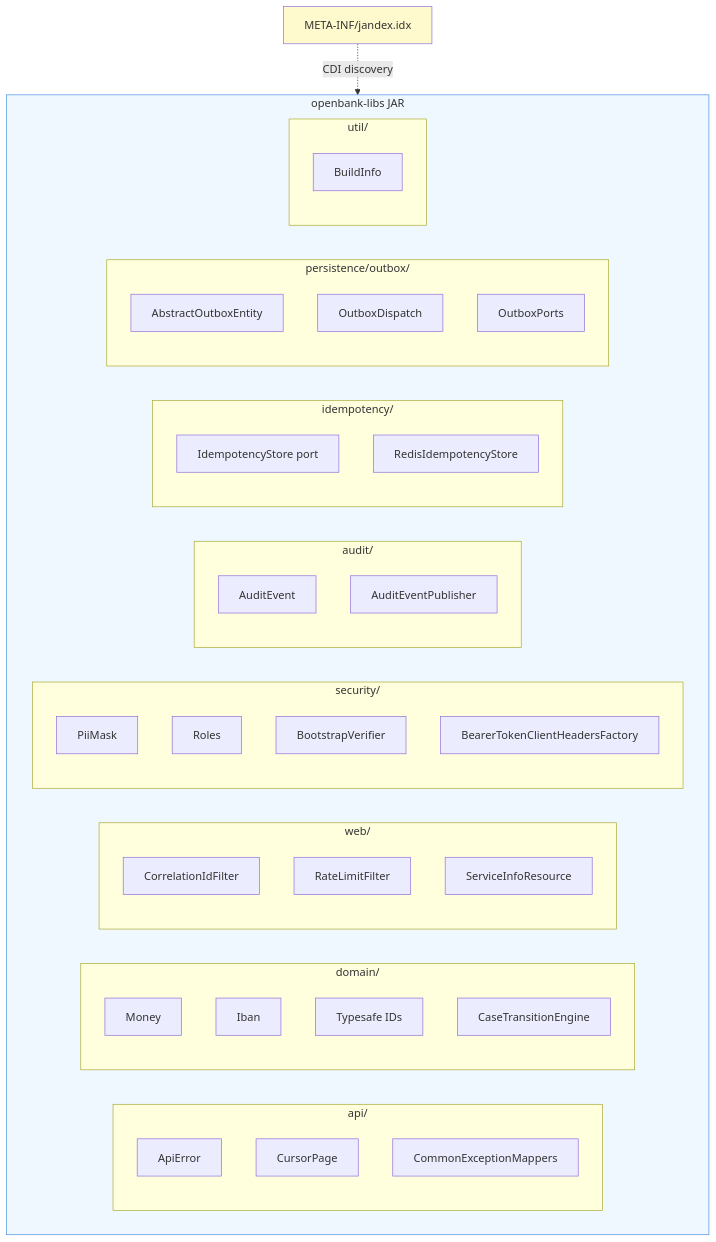
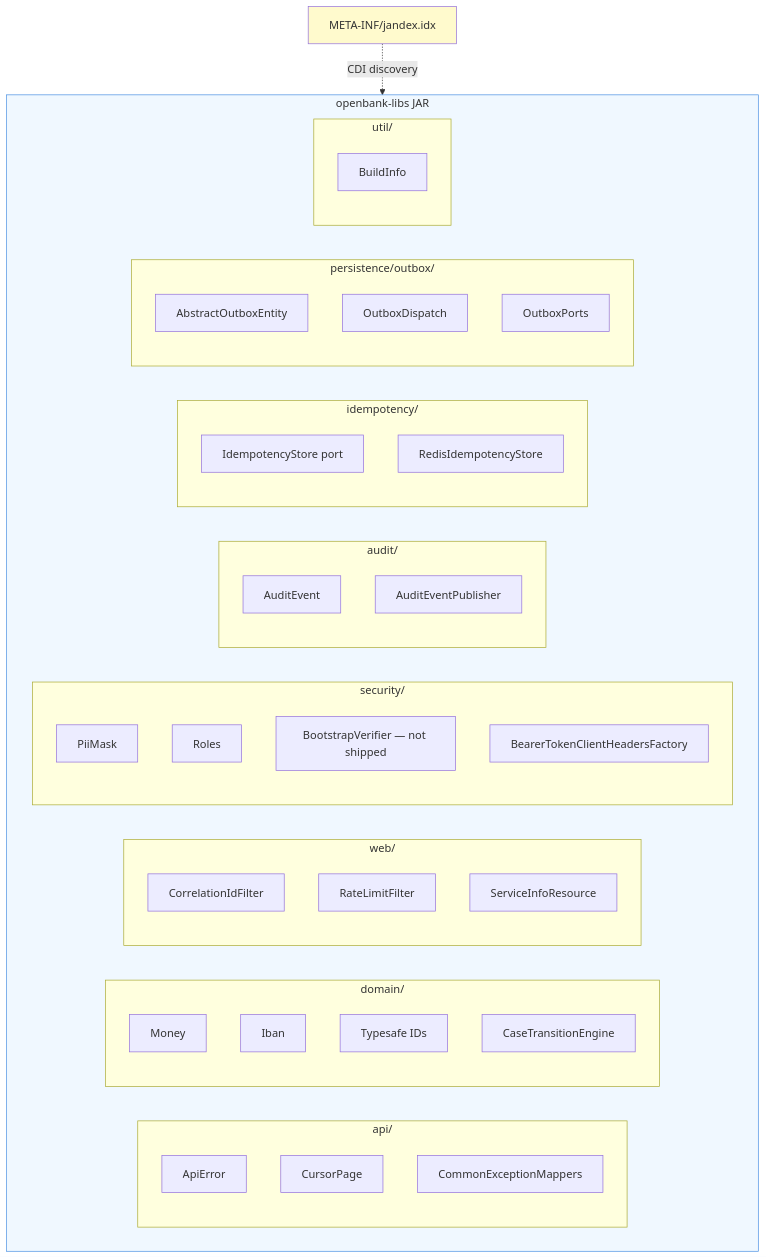
Before and after one commit to JiRaska/open-bank-oss: the second of 3 diagrams in openbank-libs/docs/02-architecture.en.md, drawn with Mermaid. The commit also changed other lines of this file and 11 other files, not shown here.

````diff
--- a/openbank-libs/docs/02-architecture.en.md
+++ b/openbank-libs/docs/02-architecture.en.md
@@ -35,49 +35,49 @@
 ```mermaid
 graph TB
   subgraph libs[openbank-libs JAR]
     direction LR
     subgraph api[api/]
       ApiError
       CursorPage
       CommonExceptionMappers
     end
     subgraph domain[domain/]
       Money
       Iban
       EntityId[Typesafe IDs]
       Case[CaseTransitionEngine]
     end
     subgraph web[web/]
       CorrelationIdFilter
       RateLimitFilter
       ServiceInfoResource
     end
     subgraph security[security/]
       PiiMask
       Roles
-      BootstrapVerifier
+      BV["BootstrapVerifier — not shipped"]
       BearerHeaders[BearerTokenClientHeadersFactory]
     end
     subgraph audit[audit/]
       AuditEvent
       AuditPub[AuditEventPublisher]
     end
     subgraph idempot[idempotency/]
       IdemStore[IdempotencyStore port]
       RedisImpl[RedisIdempotencyStore]
     end
     subgraph outbox[persistence/outbox/]
       AbstractOutboxEntity
       OutboxDispatch
       OutboxPorts
     end
     subgraph util[util/]
       BuildInfo
     end
   end
 
   Jandex[META-INF/jandex.idx] -.->|CDI discovery| libs
 
   style libs fill:#f0f8ff,stroke:#4a90e2
   style Jandex fill:#fffacd
 ```
````
